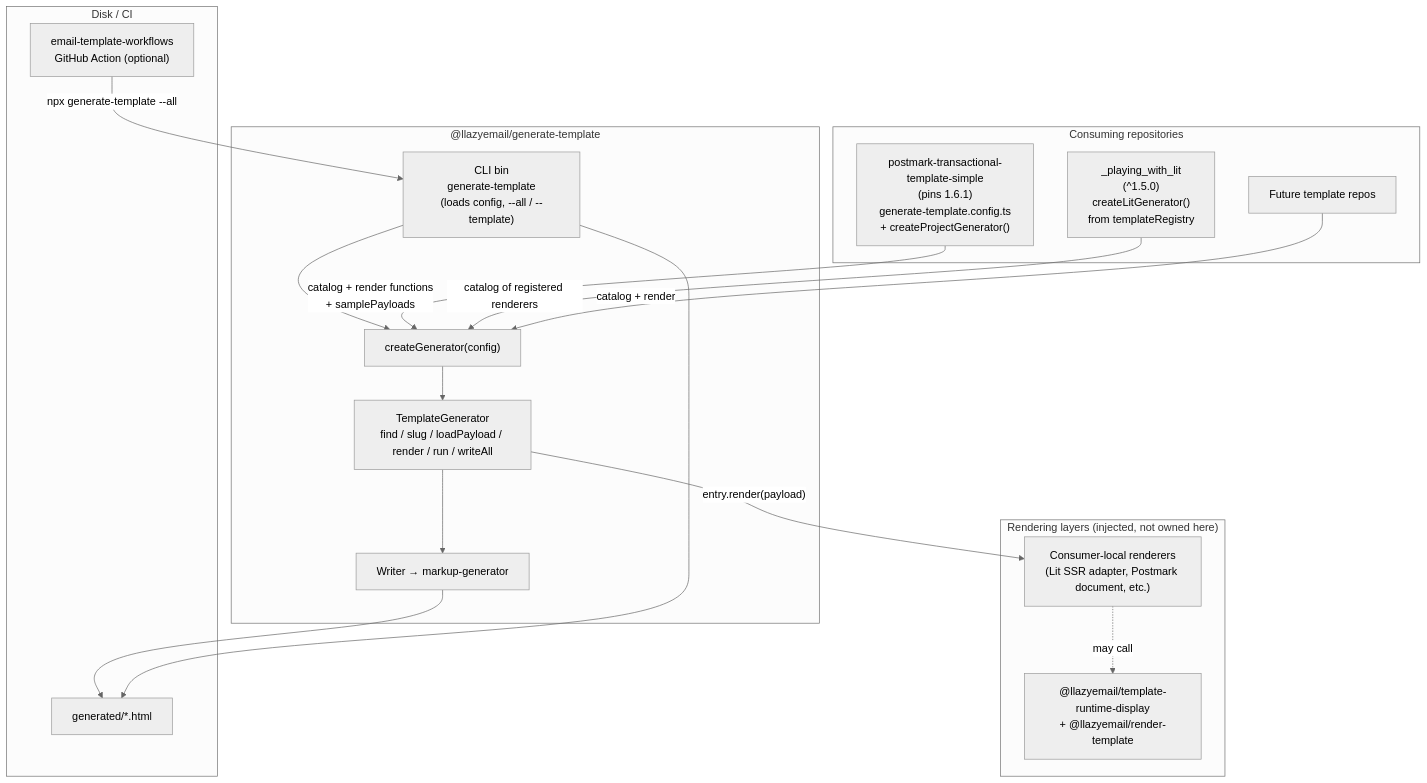
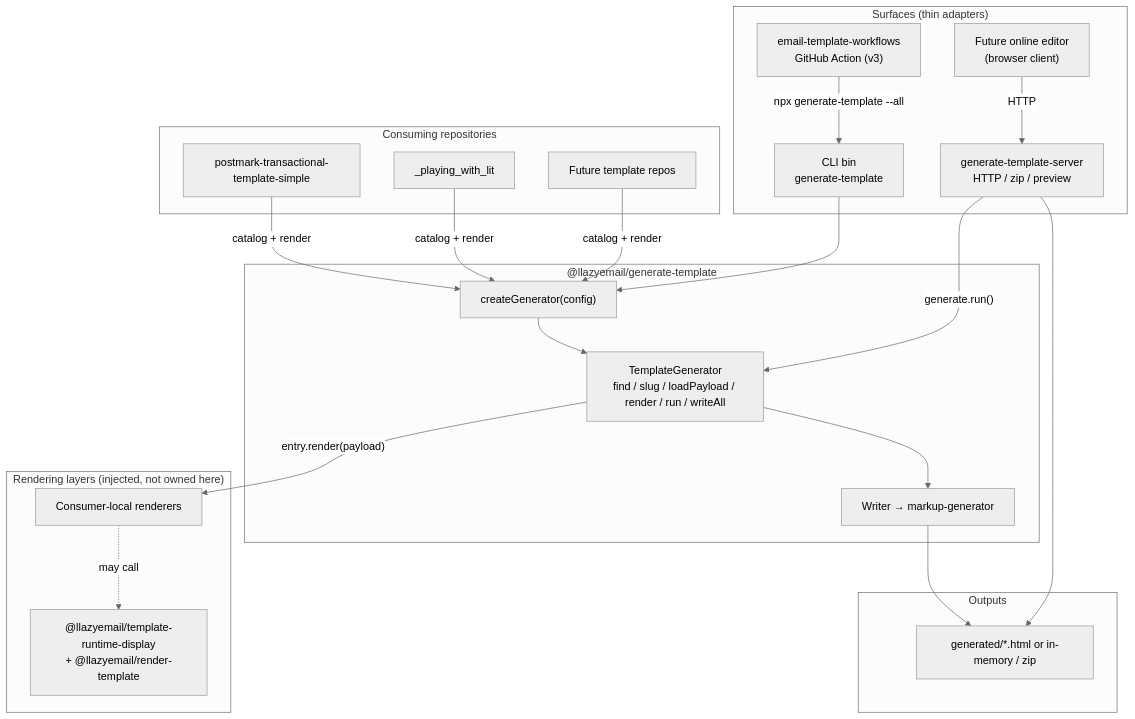
One commit to LLazyEmail/generate-template changed the diagram in docs/organization-schema.md. Above: the diagram before and after it, drawn with Mermaid (neutral theme). The commit also changed other lines of this file, not shown here.

Commit message:
docs: document the callable server surface

````diff
--- a/docs/organization-schema.md
+++ b/docs/organization-schema.md
@@ -25,39 +26,46 @@
 ```mermaid
 flowchart TB
+  subgraph Surfaces["Surfaces (thin adapters)"]
+    CLI["CLI bin<br/>generate-template"]
+    Workflows["email-template-workflows<br/>GitHub Action (v3)"]
+    Server["generate-template-server<br/>HTTP / zip / preview"]
+    Editor["Future online editor<br/>(browser client)"]
+  end
+
   subgraph Consumers["Consuming repositories"]
-    Postmark["postmark-transactional-template-simple<br/>(pins 1.6.1)<br/>generate-template.config.ts<br/>+ createProjectGenerator()"]
-    Playing[" _playing_with_lit<br/>(^1.5.0)<br/>createLitGenerator()<br/>from templateRegistry"]
+    Postmark["postmark-transactional-template-simple"]
+    Playing["_playing_with_lit"]
     Future["Future template repos"]
   end
 
   subgraph Generate["@llazyemail/generate-template"]
     Factory["createGenerator(config)"]
     Engine["TemplateGenerator<br/>find / slug / loadPayload / render / run / writeAll"]
     Persist["Writer → markup-generator"]
-    CLI["CLI bin<br/>generate-template<br/>(loads config, --all / --template)"]
     Factory --> Engine
     Engine --> Persist
-    CLI --> Factory
   end
 
   subgraph Rendering["Rendering layers (injected, not owned here)"]
     Runtime["@llazyemail/template-runtime-display<br/>+ @llazyemail/render-template"]
-    Local["Consumer-local renderers<br/>(Lit SSR adapter, Postmark document, etc.)"]
+    Local["Consumer-local renderers"]
   end
 
-  subgraph Disk["Disk / CI"]
-    HTML["generated/*.html"]
-    Workflows["email-template-workflows<br/>GitHub Action (optional)"]
+  subgraph Disk["Outputs"]
+    HTML["generated/*.html or in-memory / zip"]
   end
 
-  Postmark -->|"catalog + render functions<br/>+ samplePayloads"| Factory
-  Playing -->|"catalog of registered renderers"| Factory
+  Postmark -->|"catalog + render"| Factory
+  Playing -->|"catalog + render"| Factory
   Future -->|"catalog + render"| Factory
+
+  CLI --> Factory
+  Workflows -->|"npx generate-template --all"| CLI
+  Server -->|"generate.run()"| Engine
+  Editor -->|"HTTP"| Server
 
   Engine -->|"entry.render(payload)"| Local
   Local -.->|"may call"| Runtime
-
   Persist --> HTML
-  CLI --> HTML
-  Workflows -->|"npx generate-template --all"| CLI
+  Server --> HTML
 ```
````
